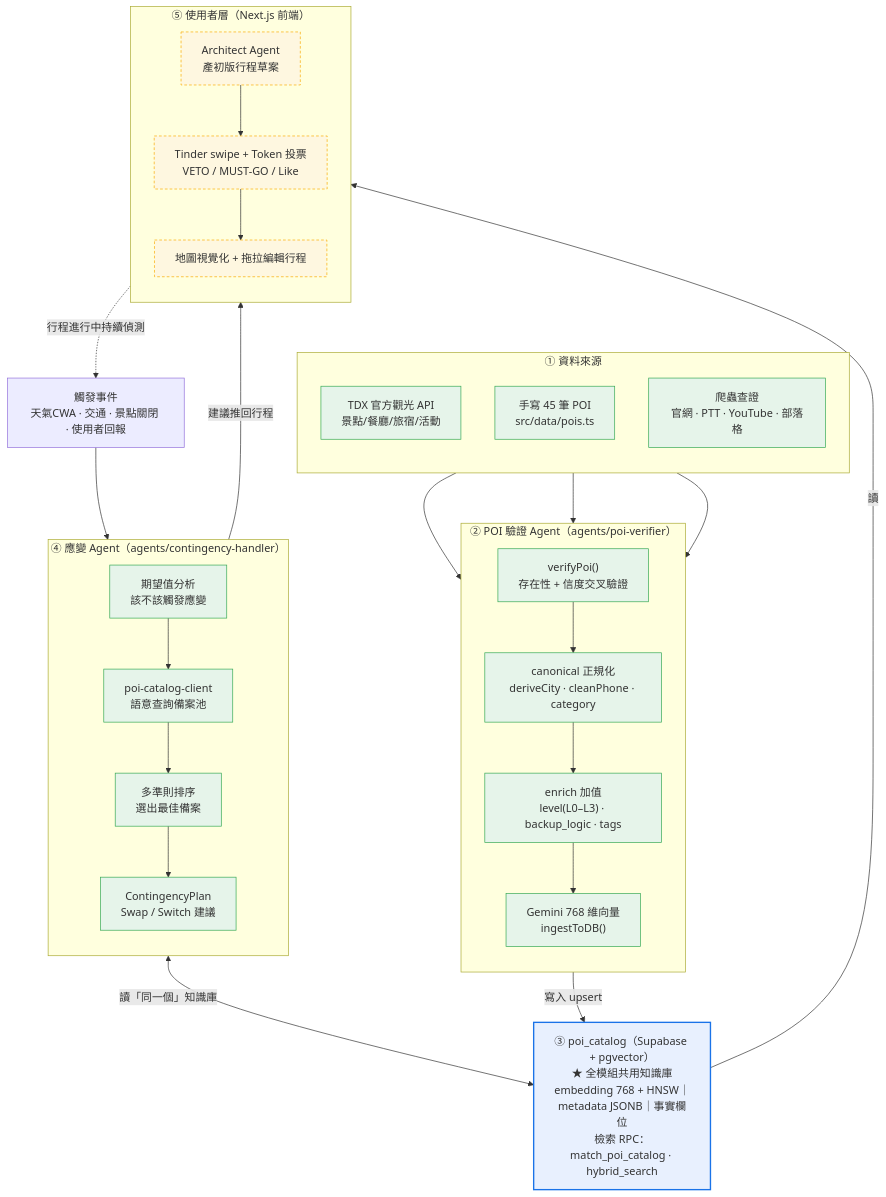
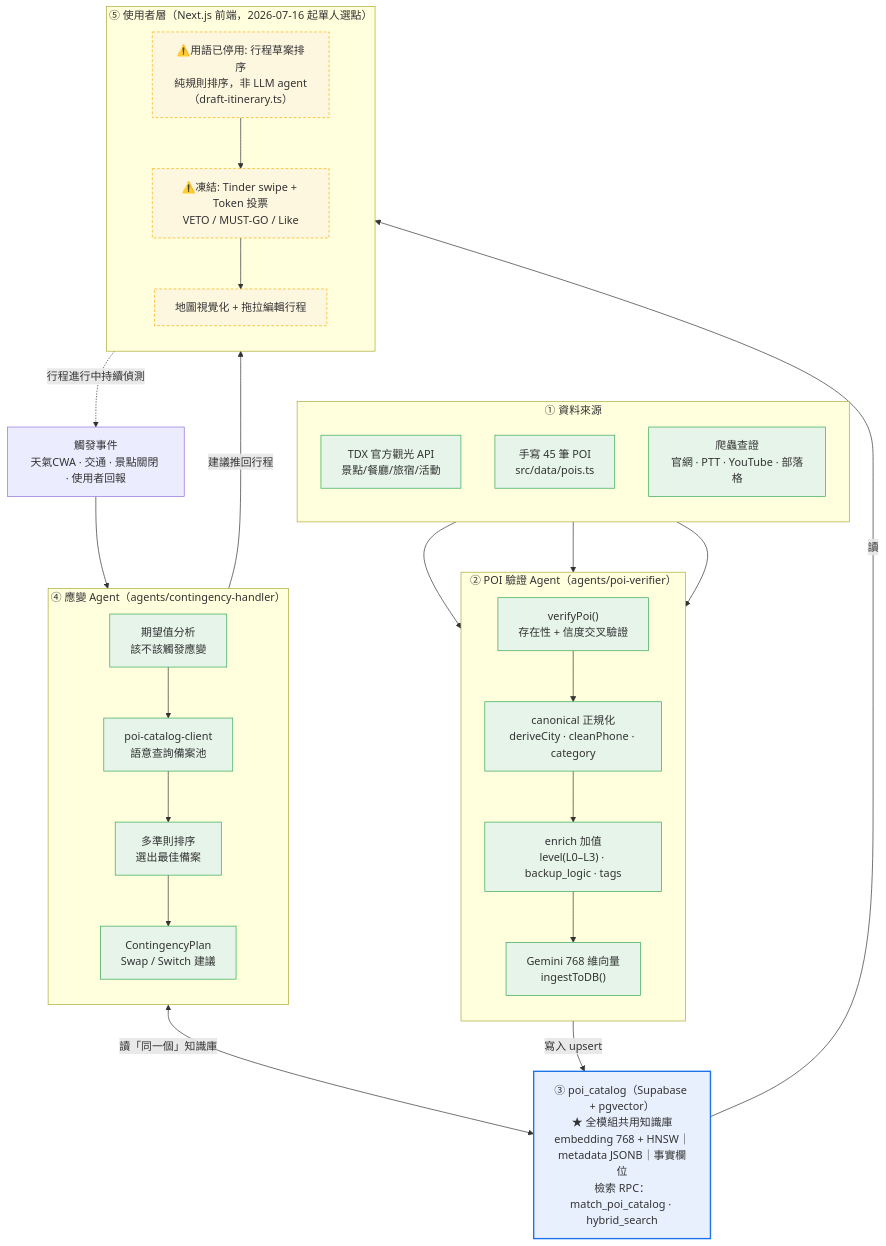
Before and after one commit to hakuhaku24/navigator: the diagram in ARCHITECTURE.md, drawn with Mermaid. The commit also changed other lines of this file and 14 other files, not shown here.

First line of the commit message:
fix: 停用 Architect Agent 舊稱、修正 ingestion 缺欄與 hybrid search RPC 回傳、串接 explore 頁真實資料

````diff
--- a/ARCHITECTURE.md
+++ b/ARCHITECTURE.md
@@ -10,60 +10,60 @@
 ```mermaid
 flowchart TB
   classDef done fill:#e6f4ea,stroke:#34a853,stroke-width:1px;
   classDef plan fill:#fef7e0,stroke:#f9ab00,stroke-width:1px,stroke-dasharray:4 3;
   classDef hub  fill:#e8f0fe,stroke:#1a73e8,stroke-width:2px;
 
   subgraph S1["① 資料來源"]
     direction TB
     TDX["TDX 官方觀光 API<br/>景點/餐廳/旅宿/活動"]
     HAND["手寫 45 筆 POI<br/>src/data/pois.ts"]
     CRAWL["爬蟲查證<br/>官網 · PTT · YouTube · 部落格"]
   end
 
   subgraph S2["② POI 驗證 Agent（agents/poi-verifier）"]
     direction TB
     AGENT["verifyPoi()<br/>存在性 + 信度交叉驗證"]
     CANON["canonical 正規化<br/>deriveCity · cleanPhone · category"]
     ENRICH["enrich 加值<br/>level(L0–L3) · backup_logic · tags"]
     EMBED["Gemini 768 維向量<br/>ingestToDB()"]
   end
 
   HUB["③ poi_catalog（Supabase + pgvector）<br/>★ 全模組共用知識庫<br/>embedding 768 + HNSW｜metadata JSONB｜事實欄位<br/>檢索 RPC：match_poi_catalog · hybrid_search"]
 
   subgraph S4["④ 應變 Agent（agents/contingency-handler）"]
     direction TB
     QRY["poi-catalog-client<br/>語意查詢備案池"]
     EV["期望值分析<br/>該不該觸發應變"]
     RANK["多準則排序<br/>選出最佳備案"]
     PLAN["ContingencyPlan<br/>Swap / Switch 建議"]
   end
 
   TRIG["觸發事件<br/>天氣CWA · 交通 · 景點關閉 · 使用者回報"]
 
-  subgraph S5["⑤ 使用者層（Next.js 前端）"]
+  subgraph S5["⑤ 使用者層（Next.js 前端，2026-07-16 起單人選點）"]
     direction TB
-    ARCH["Architect Agent<br/>產初版行程草案"]
-    SWIPE["Tinder swipe + Token 投票<br/>VETO / MUST-GO / Like"]
+    ARCH["⚠️用語已停用: 行程草案排序<br/>純規則排序，非 LLM agent（draft-itinerary.ts）"]
+    SWIPE["⚠️凍結: Tinder swipe + Token 投票<br/>VETO / MUST-GO / Like"]
     MAP["地圖視覺化 + 拖拉編輯行程"]
   end
 
   TDX --> AGENT
   CRAWL --> AGENT
   AGENT --> CANON --> ENRICH --> EMBED
   HAND --> EMBED
   EMBED -->|寫入 upsert| HUB
 
   HUB -->|讀| ARCH
   ARCH --> SWIPE --> MAP
 
   TRIG --> EV
   EV --> QRY
   QRY <-->|讀「同一個」知識庫| HUB
   QRY --> RANK --> PLAN
   PLAN -->|建議推回行程| MAP
   MAP -.->|行程進行中持續偵測| TRIG
 
   class TDX,HAND,CRAWL,AGENT,CANON,ENRICH,EMBED,QRY,EV,RANK,PLAN done;
   class ARCH,SWIPE,MAP plan;
   class HUB hub;
 ```
````
